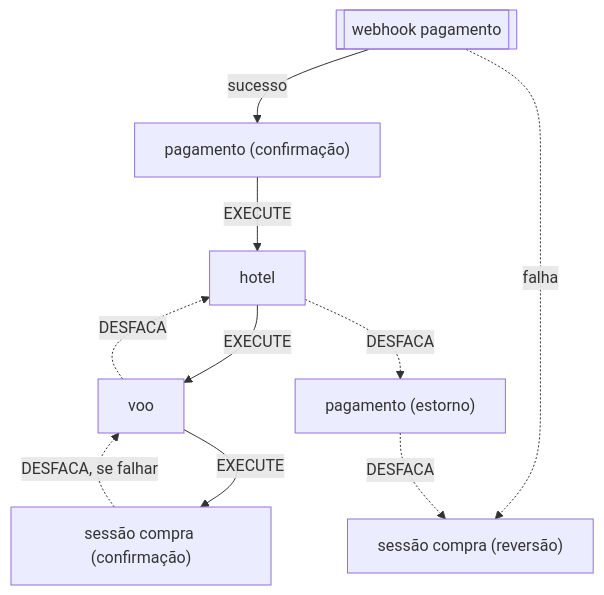
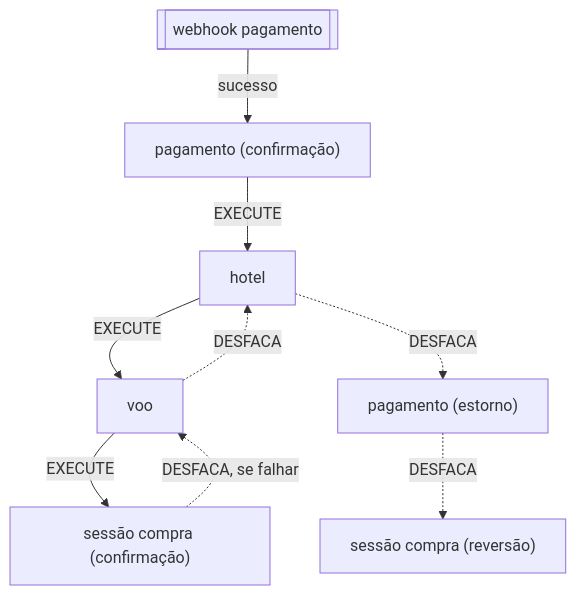
One commit to EdyKnopfler/estudo-arquitetura-monorepo changed the second of 2 diagrams in README.md. Above: the diagram before and after it, drawn with Mermaid. The commit also changed other lines of this file and 13 other files, not shown here.

````diff
--- a/README.md
+++ b/README.md
@@ -43,15 +42,14 @@
 ```mermaid
 flowchart TD
   WH[["webhook pagamento"]]
   WH -->|sucesso| PAGC["pagamento (confirmação)"]
-  WH -.->|falha| SCR["sessão compra (reversão)"]
 
   PAGC -->|EXECUTE| HOT[hotel]
   HOT -->|EXECUTE| VOO[voo]
   VOO -->|EXECUTE| SCC["sessão compra (confirmação)"]
 
   SCC -.->|"DESFACA, se falhar"| VOO
   VOO -.->|DESFACA| HOT
   HOT -.->|DESFACA| PAGE["pagamento (estorno)"]
-  PAGE -.->|DESFACA| SCR
+  PAGE -.->|DESFACA| SCR["sessão compra (reversão)"]
 ```
````
